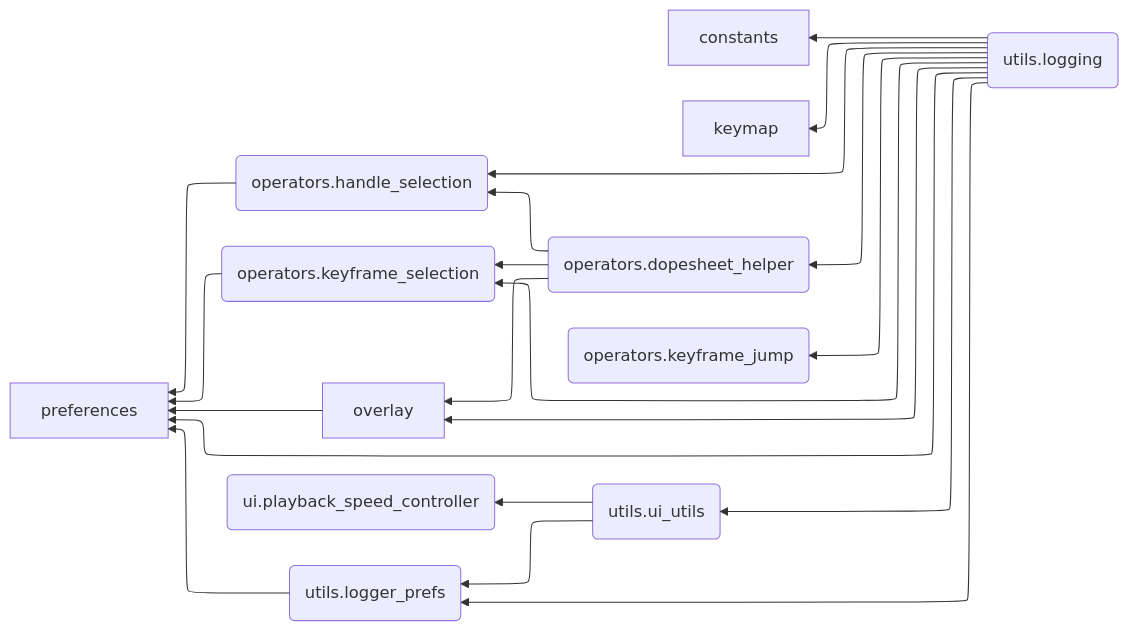
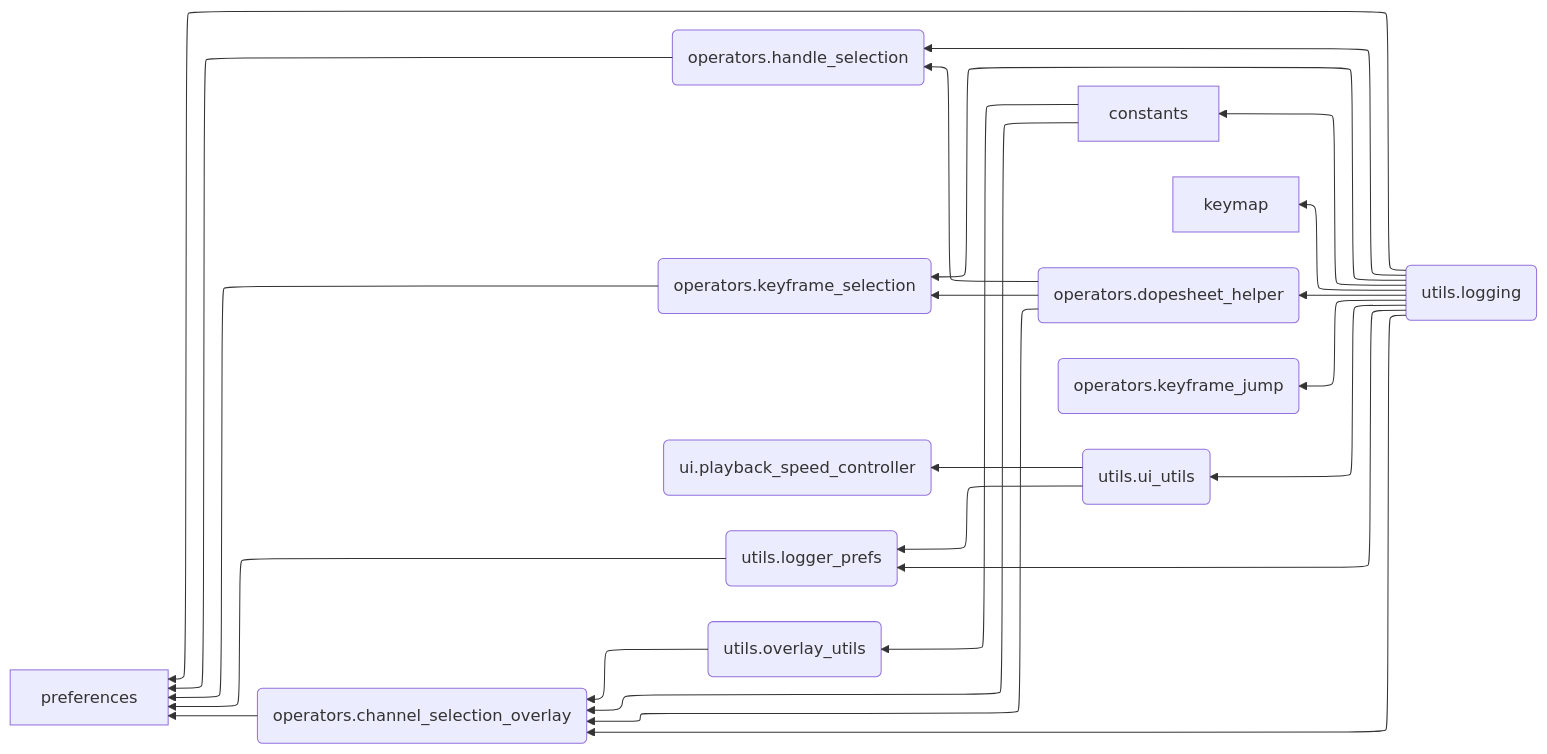
The diagram in docs/debug/module_dependencies.mmd (Pluglug/graph_monkey), drawn with Mermaid before and after one commit.

Commit message:
モジュール依存関係修正

```diff
--- a/docs/debug/module_dependencies.mmd
+++ b/docs/debug/module_dependencies.mmd
@@ -1,39 +1,43 @@
 ---
 config:
   theme: mc
   layout: elk
   flowchart:
     curve: basis
 ---
 flowchart RL
     constants[constants]
     keymap[keymap]
+    operators_channel_selection_overlay(operators.channel_selection_overlay)
     operators_dopesheet_helper(operators.dopesheet_helper)
     operators_handle_selection(operators.handle_selection)
     operators_keyframe_jump(operators.keyframe_jump)
     operators_keyframe_selection(operators.keyframe_selection)
-    overlay[overlay]
     preferences[preferences]
     ui_playback_speed_controller(ui.playback_speed_controller)
     utils_logger_prefs(utils.logger_prefs)
     utils_logging(utils.logging)
+    utils_overlay_utils(utils.overlay_utils)
     utils_ui_utils(utils.ui_utils)
+    constants --> operators_channel_selection_overlay
+    constants --> utils_overlay_utils
+    operators_channel_selection_overlay --> preferences
+    operators_dopesheet_helper --> operators_channel_selection_overlay
     operators_dopesheet_helper --> operators_handle_selection
     operators_dopesheet_helper --> operators_keyframe_selection
-    operators_dopesheet_helper --> overlay
     operators_handle_selection --> preferences
     operators_keyframe_selection --> preferences
-    overlay --> preferences
     utils_logger_prefs --> preferences
     utils_logging --> constants
     utils_logging --> keymap
+    utils_logging --> operators_channel_selection_overlay
     utils_logging --> operators_dopesheet_helper
     utils_logging --> operators_handle_selection
     utils_logging --> operators_keyframe_jump
     utils_logging --> operators_keyframe_selection
-    utils_logging --> overlay
     utils_logging --> preferences
     utils_logging --> utils_logger_prefs
     utils_logging --> utils_ui_utils
+    utils_overlay_utils --> operators_channel_selection_overlay
     utils_ui_utils --> ui_playback_speed_controller
     utils_ui_utils --> utils_logger_prefs
```
